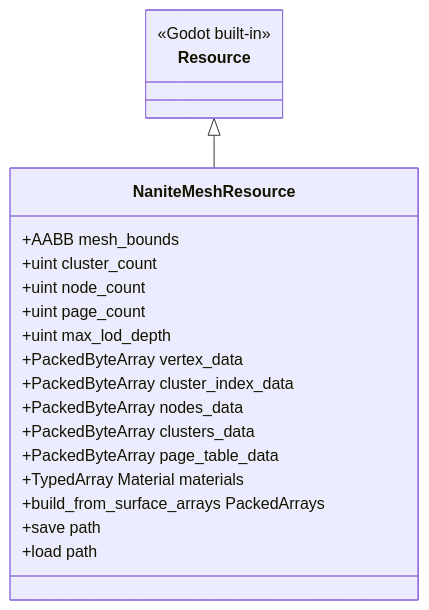
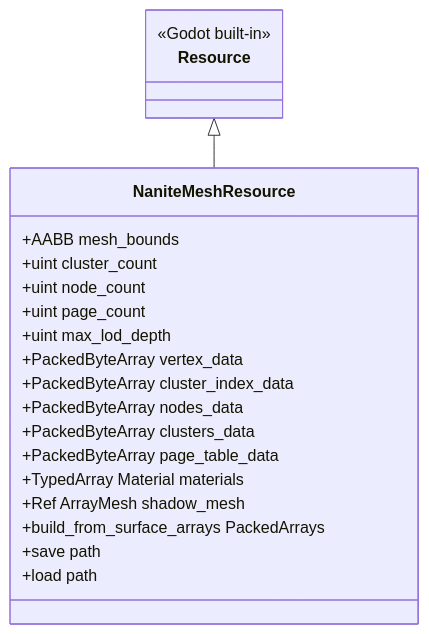
Before and after one commit to alonecat06/godot: diagram 19 of 31 in sourcecode_analysis/nanite-godot-design.md, drawn with Mermaid.

Commit message:
补充NaniteMeshResource类图中遗漏的shadow_mesh字段

````diff
--- a/sourcecode_analysis/nanite-godot-design.md
+++ b/sourcecode_analysis/nanite-godot-design.md
@@ -2512,23 +2512,24 @@
 ```mermaid
 classDiagram
     class NaniteMeshResource {
         +AABB mesh_bounds
         +uint cluster_count
         +uint node_count
         +uint page_count
         +uint max_lod_depth
         +PackedByteArray vertex_data
         +PackedByteArray cluster_index_data
         +PackedByteArray nodes_data
         +PackedByteArray clusters_data
         +PackedByteArray page_table_data
         +TypedArray Material materials
+        +Ref ArrayMesh shadow_mesh
         +build_from_surface_arrays PackedArrays
         +save path
         +load path
     }
     class Resource {
         <<Godot built-in>>
     }
     Resource <|-- NaniteMeshResource
 ```
````
